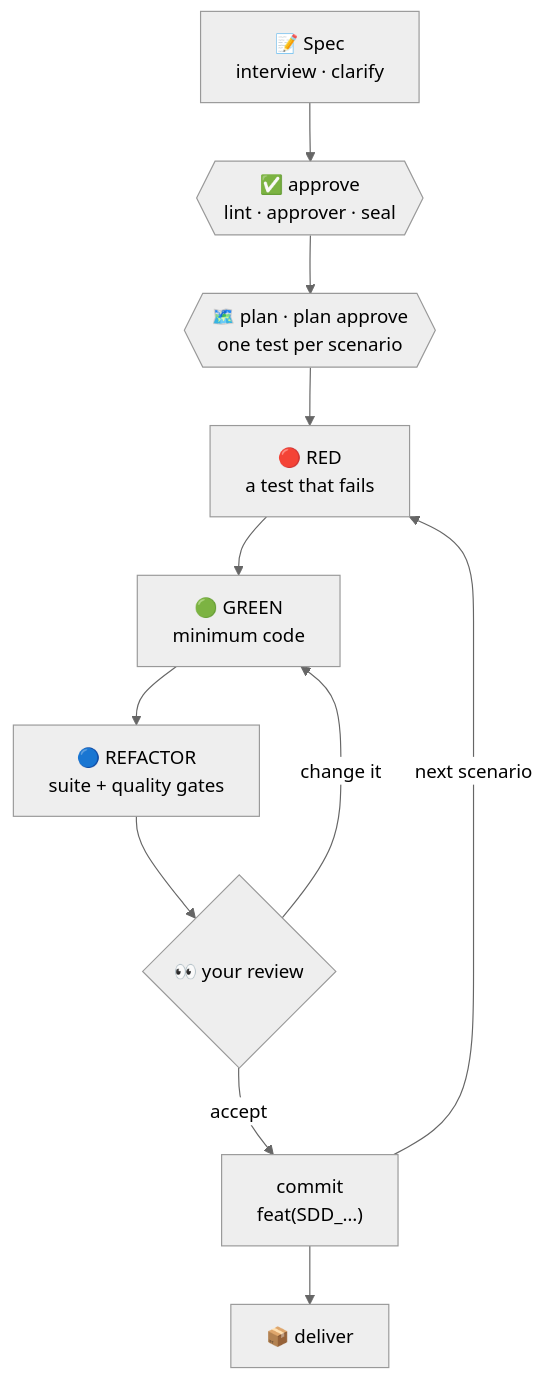
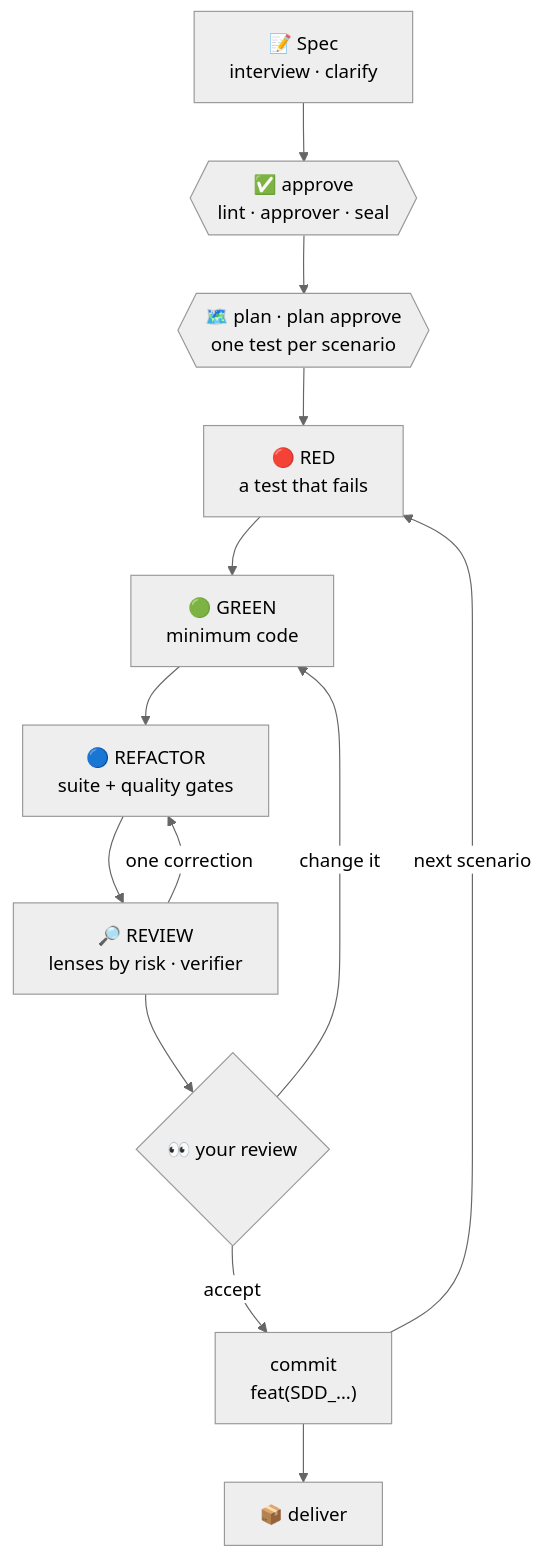
Before and after one commit to jefmonjor/specforge: the diagram in README.md, drawn with Mermaid (neutral theme). The commit also changed other lines of this file and 17 other files, not shown here.

````diff
--- a/README.md
+++ b/README.md
@@ -180,13 +185,15 @@
 ```mermaid
 flowchart TD
     S["📝 Spec<br/>interview · clarify"] --> A{{"✅ approve<br/>lint · approver · seal"}}
     A --> P{{"🗺️ plan · plan approve<br/>one test per scenario"}}
     P --> R["🔴 RED<br/>a test that fails"]
     R --> G["🟢 GREEN<br/>minimum code"]
     G --> F["🔵 REFACTOR<br/>suite + quality gates"]
-    F --> V{"👀 your review"}
+    F --> L["🔎 REVIEW<br/>lenses by risk · verifier"]
+    L -- "one correction" --> F
+    L --> V{"👀 your review"}
     V -- "change it" --> G
     V -- "accept" --> C["commit<br/>feat(SDD_…)"]
     C -- "next scenario" --> R
     C --> D["📦 deliver"]
 ```
````
